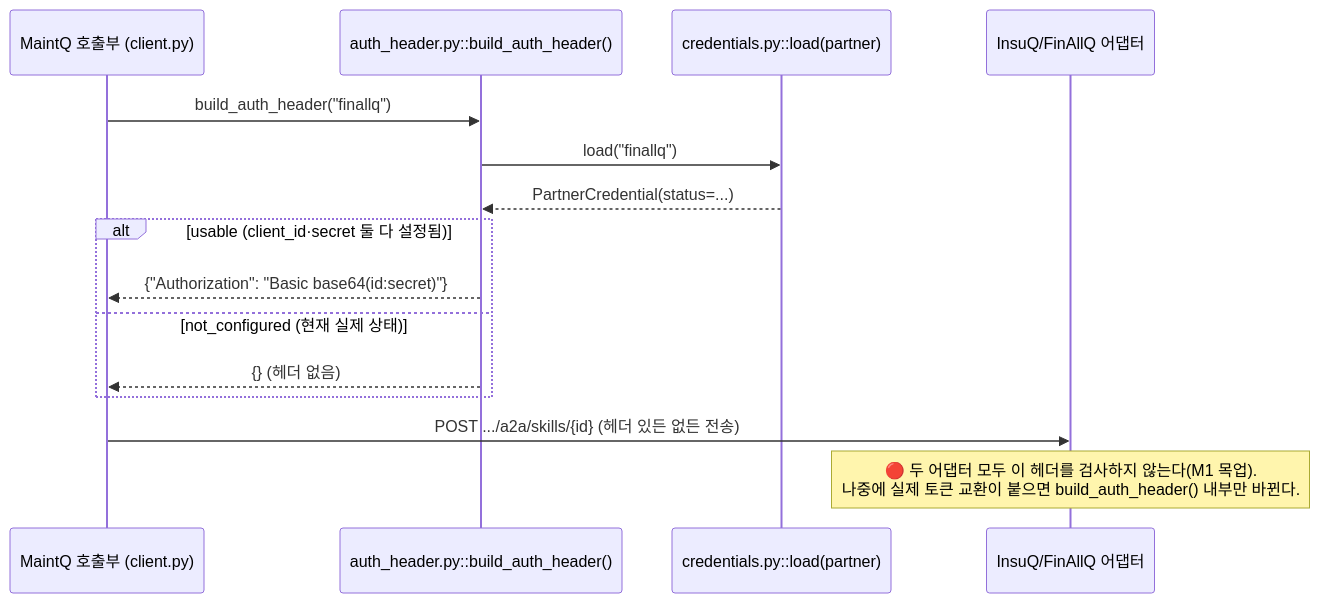
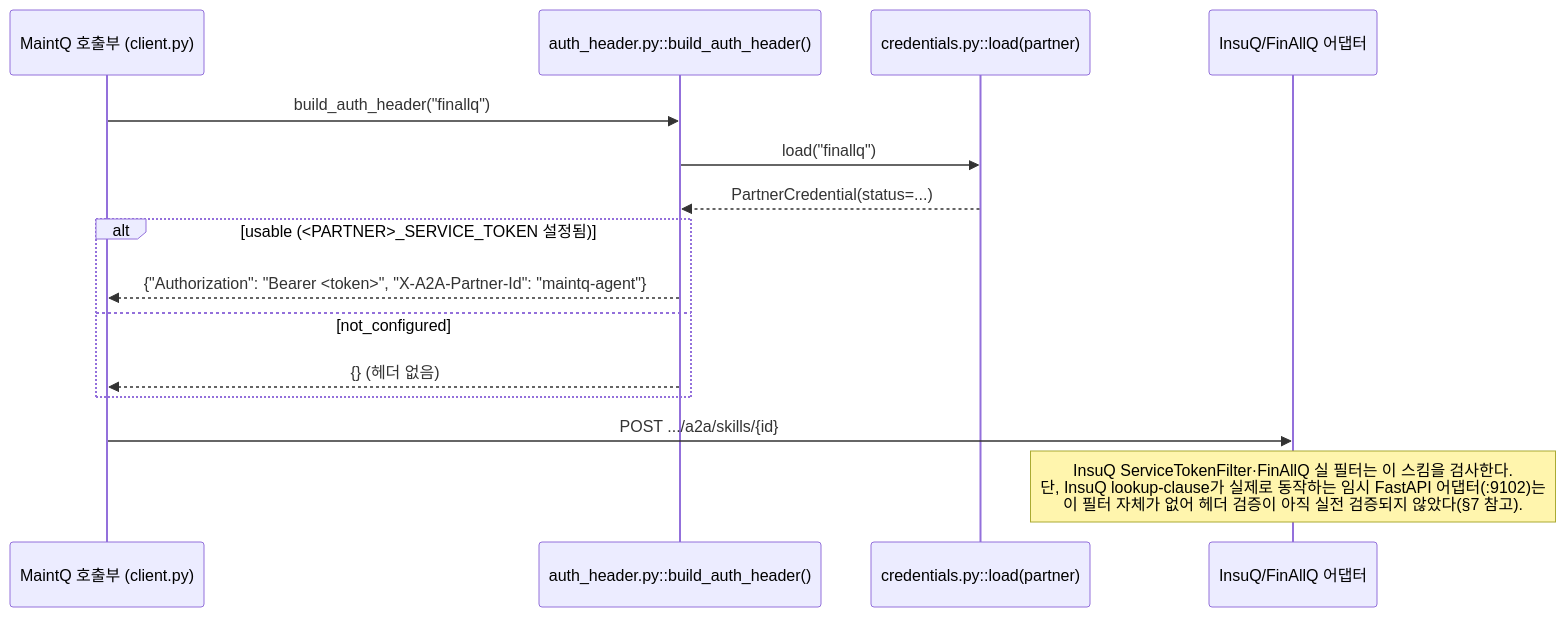
Before and after one commit to ttogle918/QMesh: the ninth of 10 diagrams in docs/presentation/a2a-contract-and-data-flow.md, drawn with Mermaid. The commit also changed other lines of this file and 9 other files, not shown here.

````diff
--- a/docs/presentation/a2a-contract-and-data-flow.md
+++ b/docs/presentation/a2a-contract-and-data-flow.md
@@ -355,18 +362,18 @@
 ```mermaid
 sequenceDiagram
     participant Caller as MaintQ 호출부 (client.py)
     participant AuthHdr as auth_header.py::build_auth_header()
     participant Cred as credentials.py::load(partner)
     participant Adapter as InsuQ/FinAllQ 어댑터
 
     Caller->>AuthHdr: build_auth_header("finallq")
     AuthHdr->>Cred: load("finallq")
     Cred-->>AuthHdr: PartnerCredential(status=...)
-    alt usable (client_id·secret 둘 다 설정됨)
-        AuthHdr-->>Caller: {"Authorization": "Basic base64(id:secret)"}
-    else not_configured (현재 실제 상태)
+    alt usable (<PARTNER>_SERVICE_TOKEN 설정됨)
+        AuthHdr-->>Caller: {"Authorization": "Bearer <token>", "X-A2A-Partner-Id": "maintq-agent"}
+    else not_configured
         AuthHdr-->>Caller: {} (헤더 없음)
     end
-    Caller->>Adapter: POST .../a2a/skills/{id} (헤더 있든 없든 전송)
-    Note over Adapter: 🔴 두 어댑터 모두 이 헤더를 검사하지 않는다(M1 목업).<br>나중에 실제 토큰 교환이 붙으면 build_auth_header() 내부만 바뀐다.
+    Caller->>Adapter: POST .../a2a/skills/{id}
+    Note over Adapter: InsuQ ServiceTokenFilter·FinAllQ 실 필터는 이 스킴을 검사한다.<br>단, InsuQ lookup-clause가 실제로 동작하는 임시 FastAPI 어댑터(:9102)는<br>이 필터 자체가 없어 헤더 검증이 아직 실전 검증되지 않았다(§7 참고).
 ```
````
